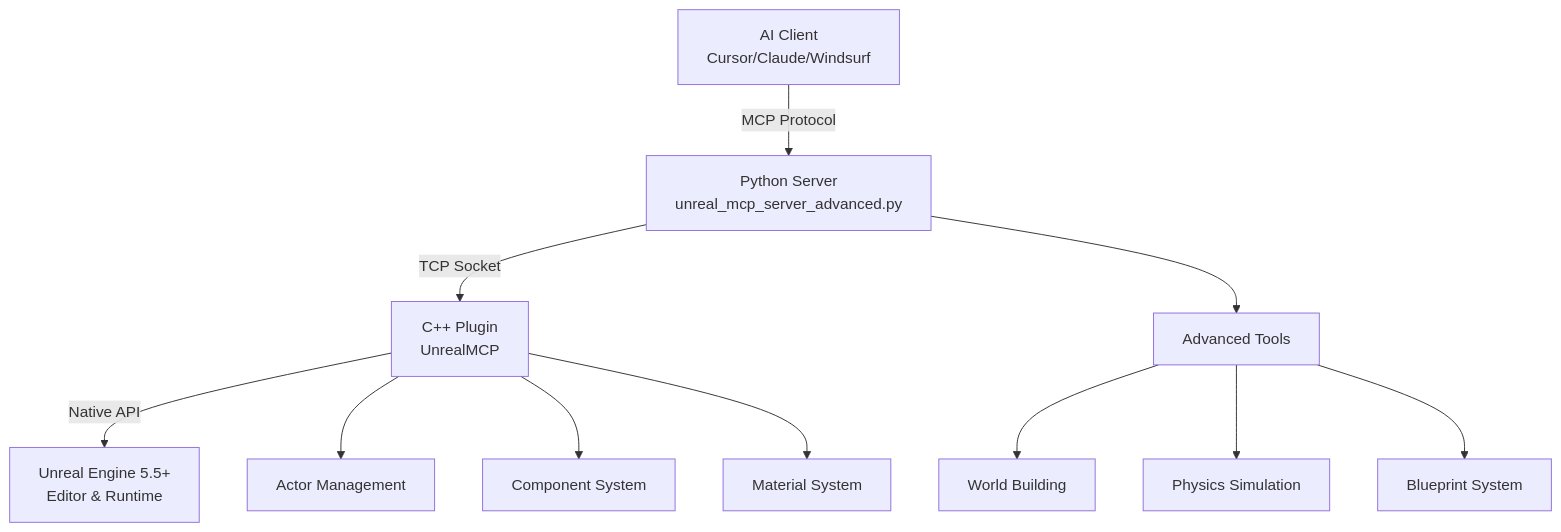
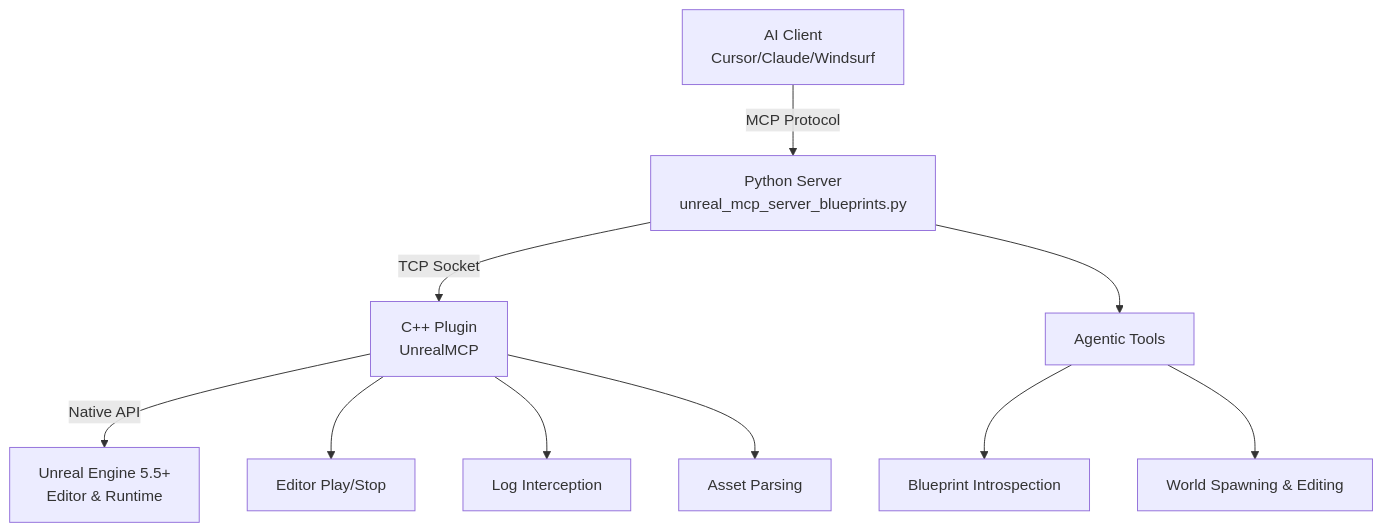
The diagram in README.md (oprincipe/unreal-agentic-engine), drawn with Mermaid before and after one commit. The commit also changed other lines of this file and 28 other files, not shown here.

````diff
--- a/README.md
+++ b/README.md
@@ -154,15 +114,14 @@
 ```mermaid
 graph TB
-    A[AI Client<br/>Cursor/Claude/Windsurf] -->|MCP Protocol| B[Python Server<br/>unreal_mcp_server_advanced.py]
+    A[AI Client<br/>Cursor/Claude/Windsurf] -->|MCP Protocol| B[Python Server<br/>unreal_mcp_server_blueprints.py]
     B -->|TCP Socket| C[C++ Plugin<br/>UnrealMCP]
     C -->|Native API| D[Unreal Engine 5.5+<br/>Editor & Runtime]
     
-    B --> E[Advanced Tools]
-    E --> F[World Building]
-    E --> G[Physics Simulation]  
-    E --> H[Blueprint System]
+    B --> E[Agentic Tools]
+    E --> F[Blueprint Introspection]
+    E --> G[World Spawning & Editing]  
     
-    C --> I[Actor Management]
-    C --> J[Component System]
-    C --> K[Material System]
+    C --> I[Editor Play/Stop]
+    C --> J[Log Interception]
+    C --> K[Asset Parsing]
 ```
````
